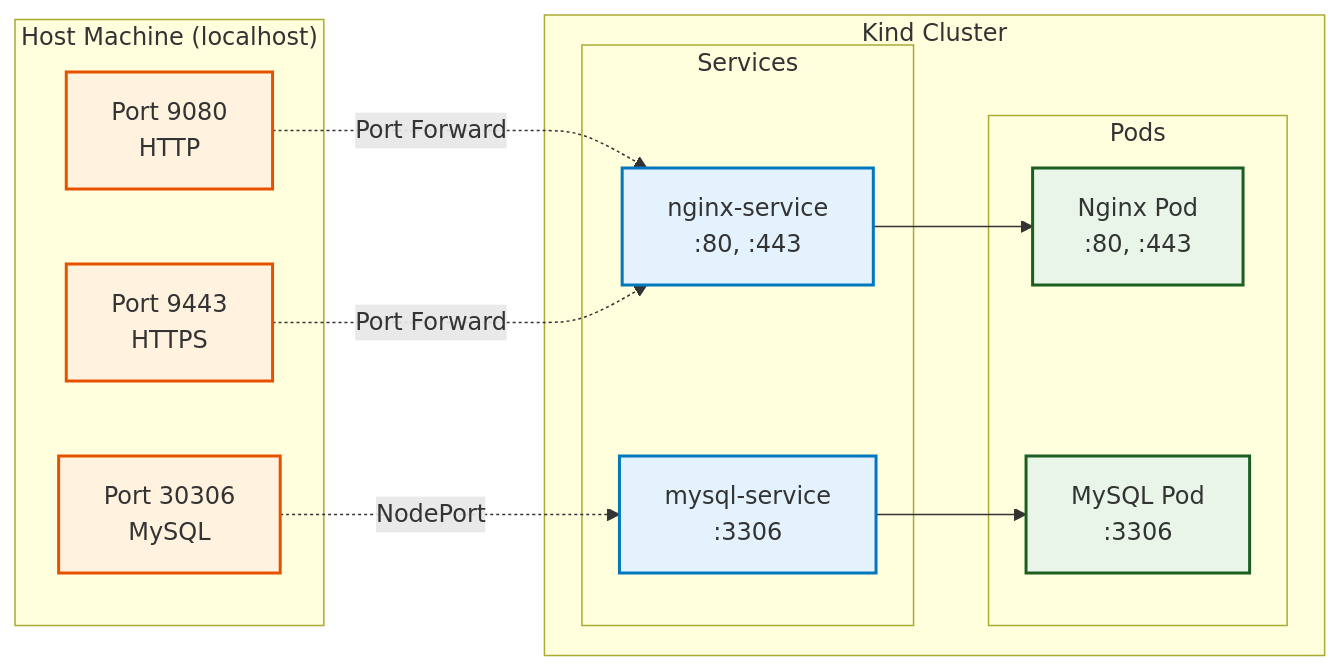
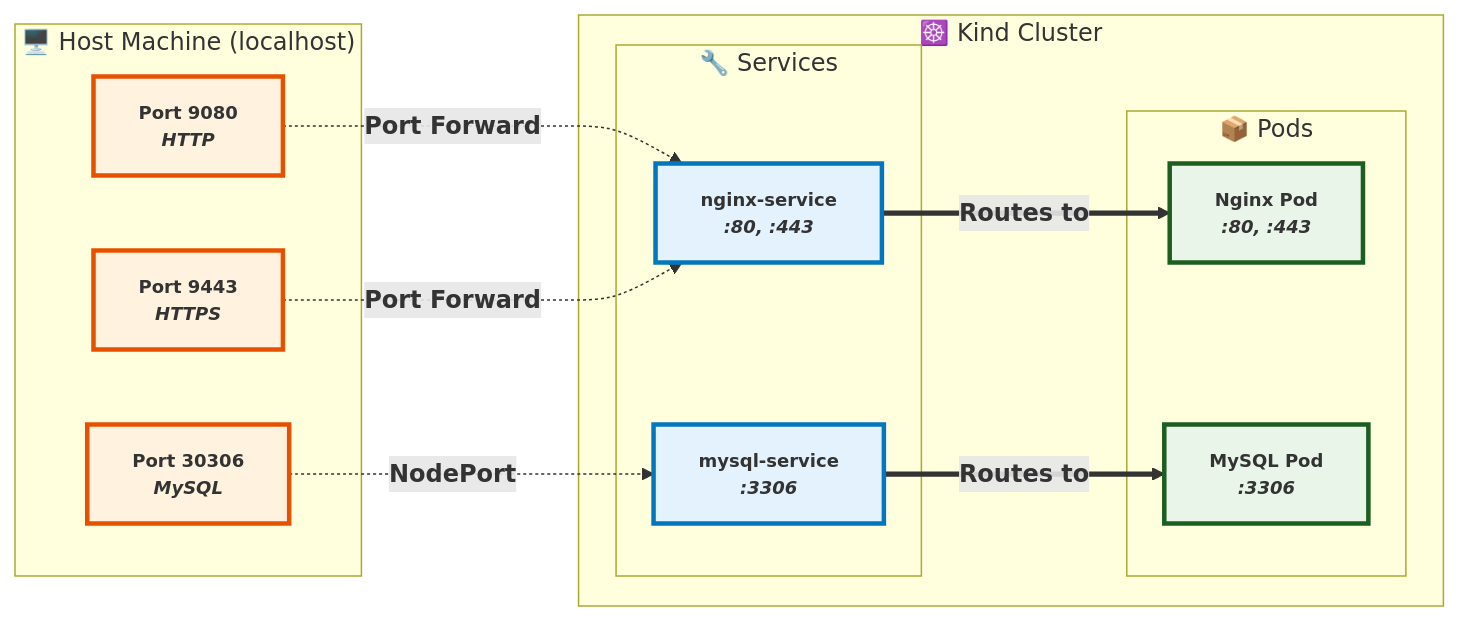
The second of 12 diagrams in ARCHITECTURE.md (msreekanth02/kind-kubernetes-cluster-manager), drawn with Mermaid before and after one commit. The commit also changed other lines of this file, not shown here.

First line of the commit message:
Complete rewrite of ARCHITECTURE.md with proper Mermaid diagrams

````diff
--- a/ARCHITECTURE.md
+++ b/ARCHITECTURE.md
@@ -86,38 +92,38 @@
 ```mermaid
 graph LR
-    subgraph "Host Machine (localhost)"
-        HTTP[Port 9080<br/>HTTP]
-        HTTPS[Port 9443<br/>HTTPS]  
-        MYSQL[Port 30306<br/>MySQL]
+    subgraph Host["🖥️ Host Machine (localhost)"]
+        HTTP["<b>Port 9080</b><br/><i>HTTP</i>"]
+        HTTPS["<b>Port 9443</b><br/><i>HTTPS</i>"]  
+        MYSQL["<b>Port 30306</b><br/><i>MySQL</i>"]
     end
     
-    subgraph "Kind Cluster"
-        subgraph "Services"
-            NGINX_SVC[nginx-service<br/>:80, :443]
-            MYSQL_SVC[mysql-service<br/>:3306]
+    subgraph Cluster["☸️ Kind Cluster"]
+        subgraph Services["🔧 Services"]
+            NGINX_SVC["<b>nginx-service</b><br/><i>:80, :443</i>"]
+            MYSQL_SVC["<b>mysql-service</b><br/><i>:3306</i>"]
         end
         
-        subgraph "Pods"
-            NGINX_POD[Nginx Pod<br/>:80, :443]
-            MYSQL_POD[MySQL Pod<br/>:3306]
+        subgraph Pods["📦 Pods"]
+            NGINX_POD["<b>Nginx Pod</b><br/><i>:80, :443</i>"]
+            MYSQL_POD["<b>MySQL Pod</b><br/><i>:3306</i>"]
         end
     end
     
     %% Port forwarding connections
-    HTTP -.->|Port Forward| NGINX_SVC
-    HTTPS -.->|Port Forward| NGINX_SVC
-    MYSQL -.->|NodePort| MYSQL_SVC
+    HTTP -.->|"<b>Port Forward</b>"| NGINX_SVC
+    HTTPS -.->|"<b>Port Forward</b>"| NGINX_SVC
+    MYSQL -.->|"<b>NodePort</b>"| MYSQL_SVC
     
     %% Service to Pod connections
-    NGINX_SVC --> NGINX_POD
-    MYSQL_SVC --> MYSQL_POD
+    NGINX_SVC ==>|"<b>Routes to</b>"| NGINX_POD
+    MYSQL_SVC ==>|"<b>Routes to</b>"| MYSQL_POD
     
-    %% Styling
-    classDef host fill:#fff3e0,stroke:#e65100,stroke-width:2px
-    classDef service fill:#e3f2fd,stroke:#0277bd,stroke-width:2px
-    classDef pod fill:#e8f5e8,stroke:#1b5e20,stroke-width:2px
+    %% Styling with font-size 12px and bold text
+    classDef host fill:#fff3e0,stroke:#e65100,stroke-width:3px,font-size:12px,font-weight:bold
+    classDef service fill:#e3f2fd,stroke:#0277bd,stroke-width:3px,font-size:12px,font-weight:bold
+    classDef pod fill:#e8f5e8,stroke:#1b5e20,stroke-width:3px,font-size:12px,font-weight:bold
     
     class HTTP,HTTPS,MYSQL host
     class NGINX_SVC,MYSQL_SVC service
     class NGINX_POD,MYSQL_POD pod
 ```
````
